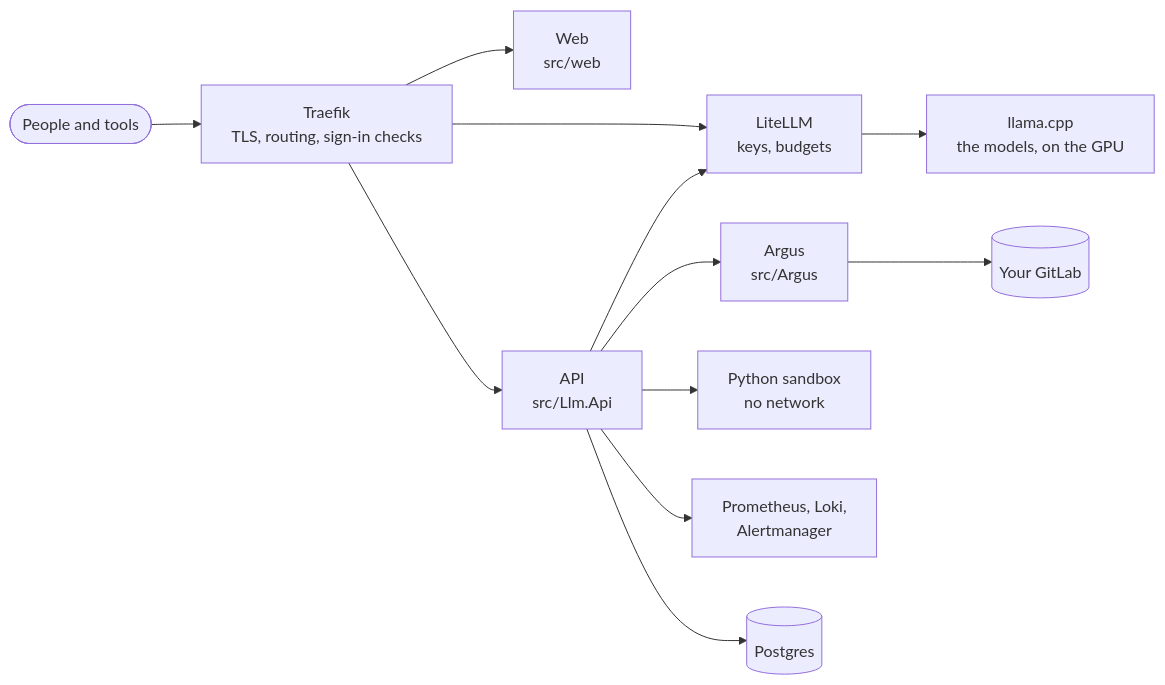
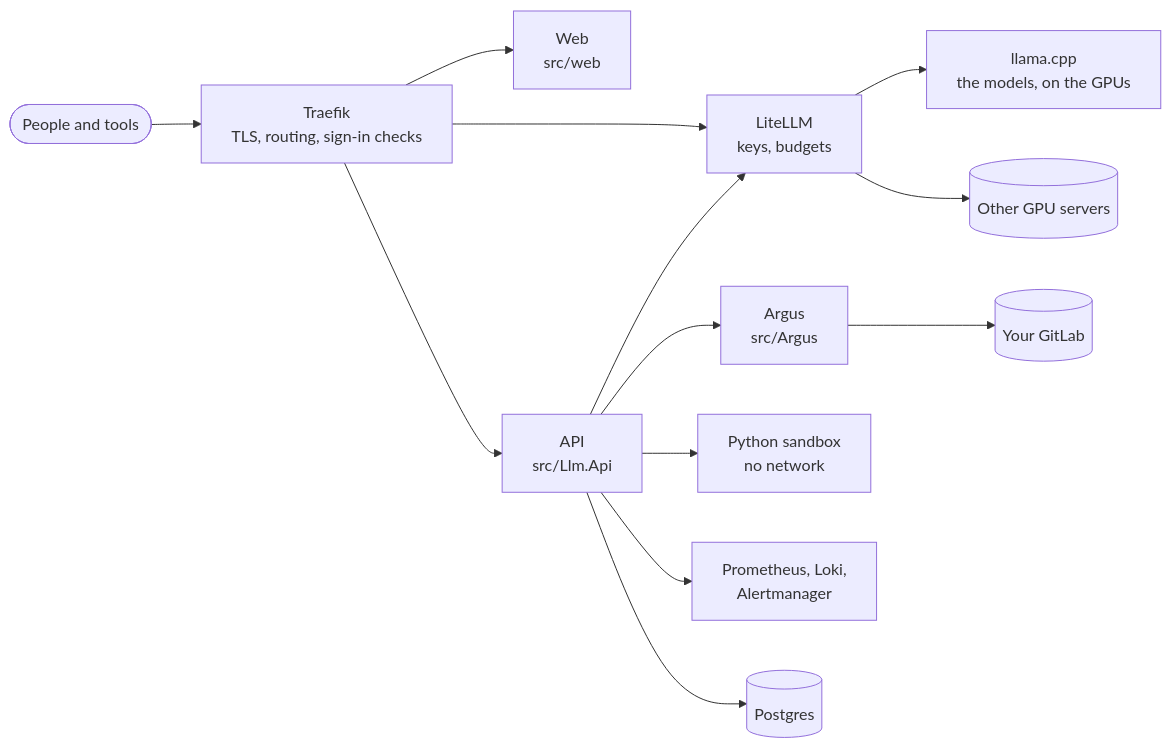
The diagram in README.md (Binchitects/argus), drawn with Mermaid before and after one commit. The commit also changed other lines of this file and 2 other files, not shown here.

````diff
--- a/README.md
+++ b/README.md
@@ -48,13 +55,14 @@
 ```mermaid
 flowchart LR
   person([People and tools]) --> traefik[Traefik<br/>TLS, routing, sign-in checks]
   traefik --> web[Web<br/>src/web]
   traefik --> api[API<br/>src/Llm.Api]
   traefik --> gateway[LiteLLM<br/>keys, budgets]
-  api --> gateway --> engine[llama.cpp<br/>the models, on the GPU]
+  api --> gateway --> engine[llama.cpp<br/>the models, on the GPUs]
+  gateway --> remote[(Other GPU servers)]
   api --> argus[Argus<br/>src/Argus]
   api --> sandbox[Python sandbox<br/>no network]
   api --> obs[Prometheus, Loki,<br/>Alertmanager]
   argus --> gitlab[(Your GitLab)]
   api --> pg[(Postgres)]
 ```
````
